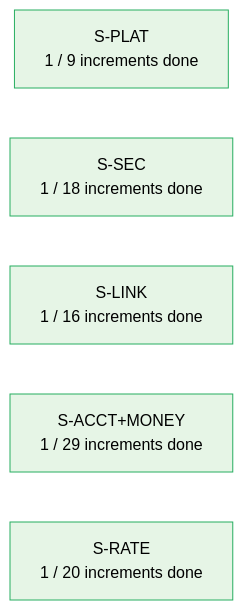
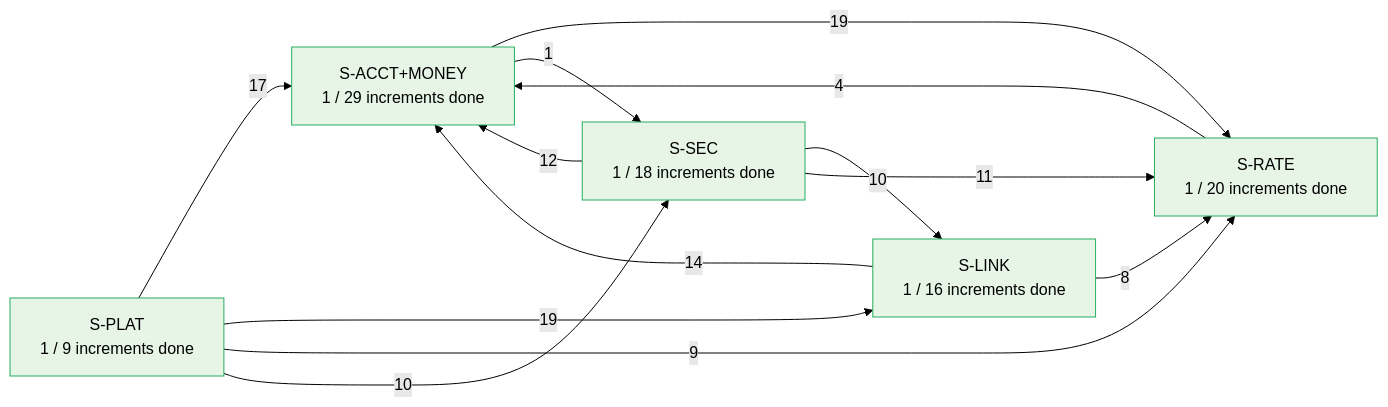
Before and after one commit to tgenov/bandwidth-reservations: the first of 3 diagrams in docs/04-delivery/plan/graph.md, drawn with Mermaid (forest theme). The commit also changed other lines of this file and 2 other files, not shown here.

First line of the commit message:
Delivery graph: 134 cross-slice dependencies, wave plan (gantt) and critical path

````diff
--- a/docs/04-delivery/plan/graph.md
+++ b/docs/04-delivery/plan/graph.md
@@ -9,10 +9,22 @@
 ```mermaid
 flowchart LR
   S_PLAT["S-PLAT<br/>1 / 9 increments done"]
   S_SEC["S-SEC<br/>1 / 18 increments done"]
   S_LINK["S-LINK<br/>1 / 16 increments done"]
   S_ACCT_MONEY["S-ACCT+MONEY<br/>1 / 29 increments done"]
   S_RATE["S-RATE<br/>1 / 20 increments done"]
+  S_ACCT_MONEY -- 19 --> S_RATE
+  S_ACCT_MONEY -- 1 --> S_SEC
+  S_LINK -- 14 --> S_ACCT_MONEY
+  S_LINK -- 8 --> S_RATE
+  S_PLAT -- 17 --> S_ACCT_MONEY
+  S_PLAT -- 19 --> S_LINK
+  S_PLAT -- 9 --> S_RATE
+  S_PLAT -- 10 --> S_SEC
+  S_RATE -- 4 --> S_ACCT_MONEY
+  S_SEC -- 12 --> S_ACCT_MONEY
+  S_SEC -- 10 --> S_LINK
+  S_SEC -- 11 --> S_RATE
   classDef started fill:#e6f5e6,stroke:#27ae60
   class S_PLAT,S_SEC,S_LINK,S_ACCT_MONEY,S_RATE started
 ```
````
